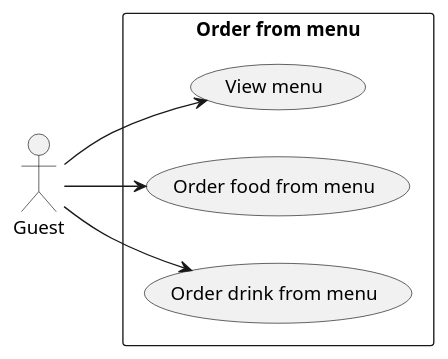
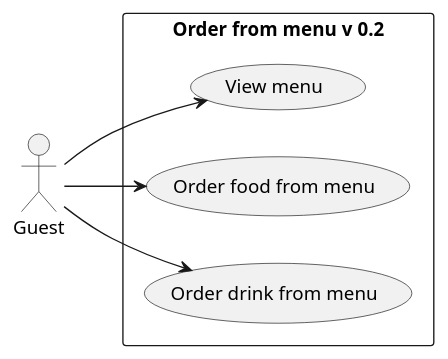
One commit to mrjink/molveno changed the diagram in src/main/docs/uml/use-case/restaurant/menu.puml. Above: the diagram before and after it, drawn with PlantUML. The commit also changed 6 other files, not shown here.

```diff
--- a/src/main/docs/uml/use-case/restaurant/menu.puml
+++ b/src/main/docs/uml/use-case/restaurant/menu.puml
@@ -1,13 +1,13 @@
 @startuml
 
 left to right direction
 
 actor Guest
 
-rectangle "Order from menu" {
+rectangle "Order from menu v 0.2" {
     Guest --> (View menu)
     Guest --> (Order food from menu)
     Guest --> (Order drink from menu)
 }
 
 @enduml
```
